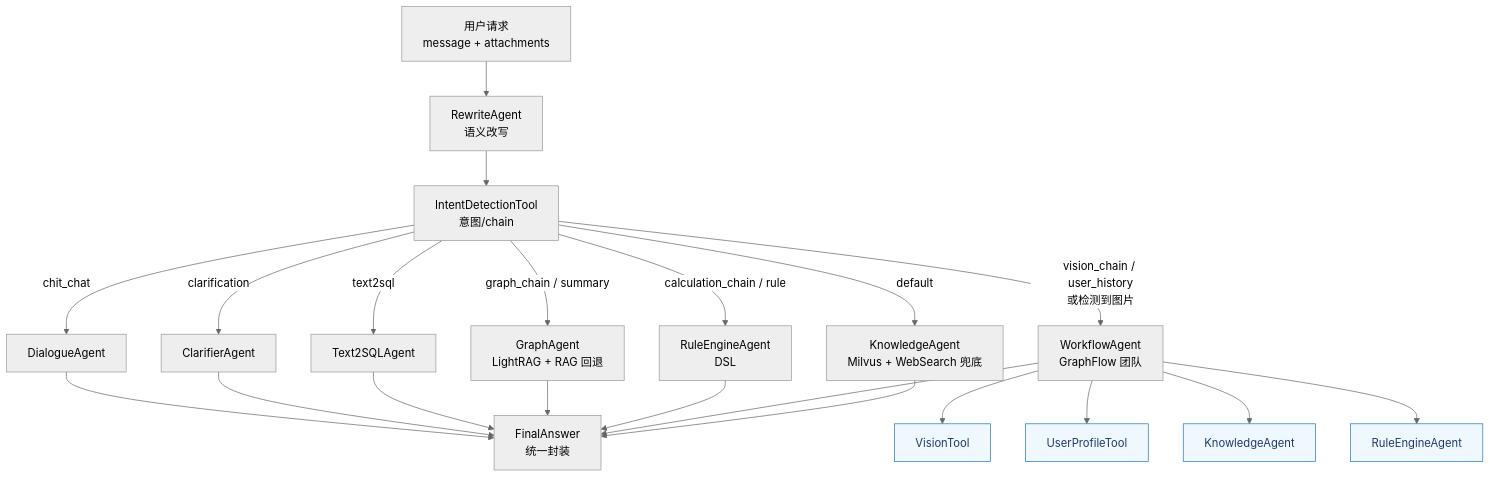
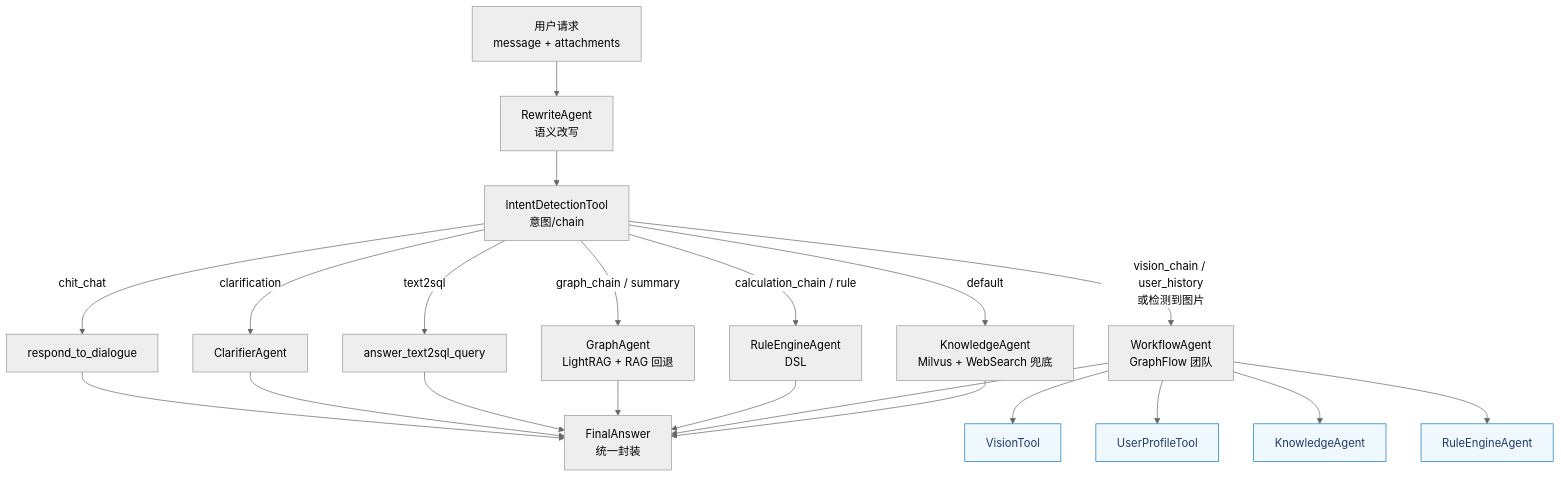
Before and after one commit to skygazer42/Glyph: the diagram in app/agents/README.md, drawn with Mermaid (neutral theme). The commit also changed other lines of this file and 298 other files, not shown here.

````diff
--- a/app/agents/README.md
+++ b/app/agents/README.md
@@ -32,24 +31,24 @@
 ```mermaid
 flowchart TD
     A[用户请求<br/>message + attachments] --> B[RewriteAgent<br/>语义改写]
     B --> C[IntentDetectionTool<br/>意图/chain]
-    C -->|chit_chat| D[DialogueAgent]
+    C -->|chit_chat| D[respond_to_dialogue]
     C -->|clarification| E[ClarifierAgent]
-    C -->|text2sql| F[Text2SQLAgent]
+    C -->|text2sql| F[answer_text2sql_query]
     C -->|graph_chain / summary| G[GraphAgent<br/>LightRAG + RAG 回退]
     C -->|calculation_chain / rule| H[RuleEngineAgent<br/>DSL]
     C -->|vision_chain / user_history<br/>或检测到图片| I[WorkflowAgent<br/>GraphFlow 团队]
     C -->|default| J[KnowledgeAgent<br/>Milvus + WebSearch 兜底]
     I --> I1[VisionTool]:::tool
     I --> I2[UserProfileTool]:::tool
     I --> I3[KnowledgeAgent]:::tool
     I --> I4[RuleEngineAgent]:::tool
     D --> Z[FinalAnswer<br/>统一封装]
     E --> Z
     F --> Z
     G --> Z
     H --> Z
     I --> Z
     J --> Z
     classDef tool fill:#f0f8ff,stroke:#1f78b4,color:#1f3a66;
 ```
````
